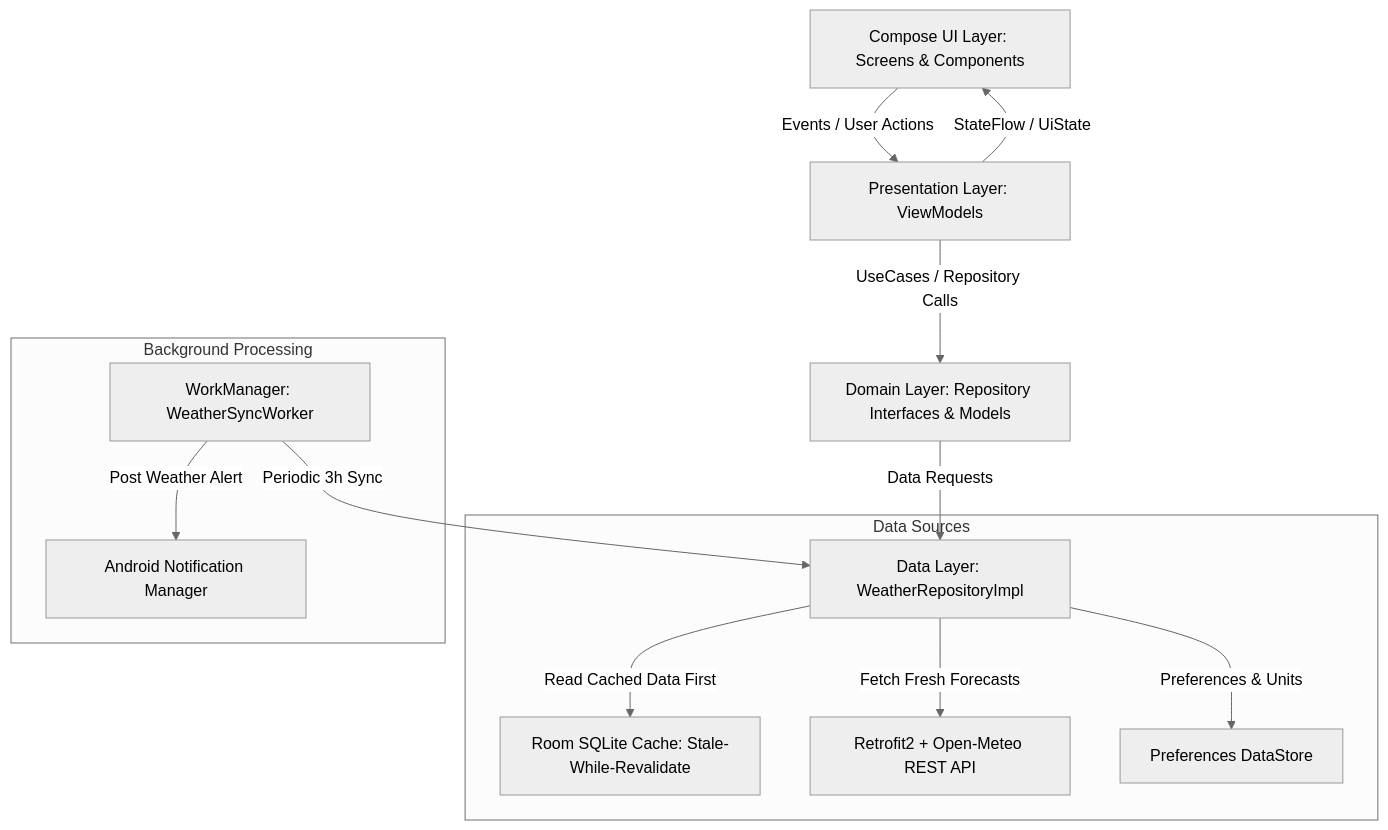
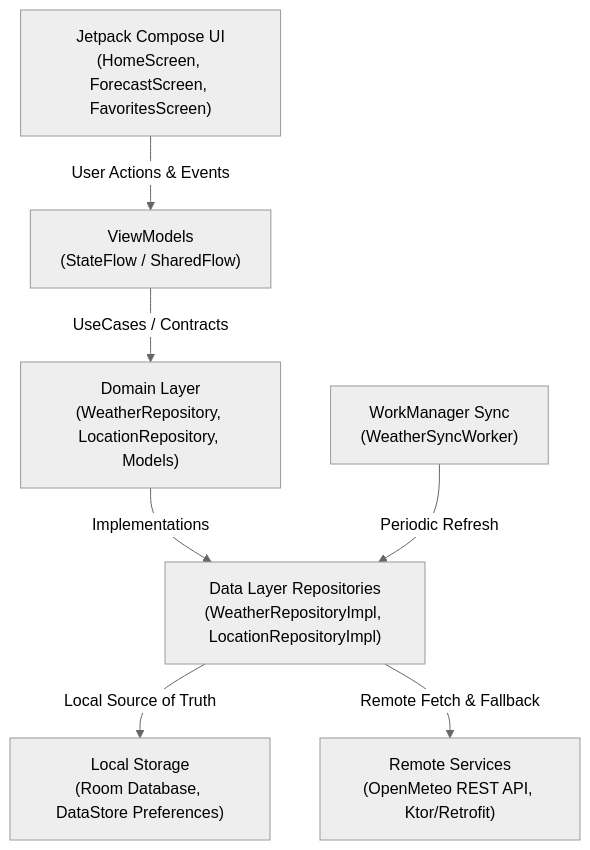
The diagram in README.md (haitranduc203/WeatherNow-AndroidApp), drawn with Mermaid (neutral theme) before and after one commit. The commit also changed other lines of this file and 2 other files, not shown here.

Commit message:
docs: rewrite README.md following professional Android portfolio template with live screenshots and clean architecture documentation

````diff
--- a/README.md
+++ b/README.md
@@ -60,18 +78,9 @@
 ```mermaid
-graph TD
-    UI[Compose UI Layer: Screens & Components] -->|Events / User Actions| VM[Presentation Layer: ViewModels]
-    VM -->|StateFlow / UiState| UI
-    VM -->|UseCases / Repository Calls| Domain[Domain Layer: Repository Interfaces & Models]
-    Domain -->|Data Requests| Data[Data Layer: WeatherRepositoryImpl]
-    
-    subgraph Data Sources
-        Data -->|Read Cached Data First| Room[Room SQLite Cache: Stale-While-Revalidate]
-        Data -->|Fetch Fresh Forecasts| Retrofit[Retrofit2 + Open-Meteo REST API]
-        Data -->|Preferences & Units| DataStore[Preferences DataStore]
-    end
-    
-    subgraph Background Processing
-        WorkManager[WorkManager: WeatherSyncWorker] -->|Periodic 3h Sync| Data
-        WorkManager -->|Post Weather Alert| NotificationManager[Android Notification Manager]
-    end
+flowchart TB
+    UI["Jetpack Compose UI\n(HomeScreen, ForecastScreen, FavoritesScreen)"] -->|User Actions & Events| VM["ViewModels\n(StateFlow / SharedFlow)"]
+    VM -->|UseCases / Contracts| DOMAIN["Domain Layer\n(WeatherRepository, LocationRepository, Models)"]
+    DOMAIN -->|Implementations| REPO["Data Layer Repositories\n(WeatherRepositoryImpl, LocationRepositoryImpl)"]
+    REPO -->|Local Source of Truth| LOCAL["Local Storage\n(Room Database, DataStore Preferences)"]
+    REPO -->|Remote Fetch & Fallback| REMOTE["Remote Services\n(OpenMeteo REST API, Ktor/Retrofit)"]
+    WORKER["WorkManager Sync\n(WeatherSyncWorker)"] -->|Periodic Refresh| REPO
 ```
````
